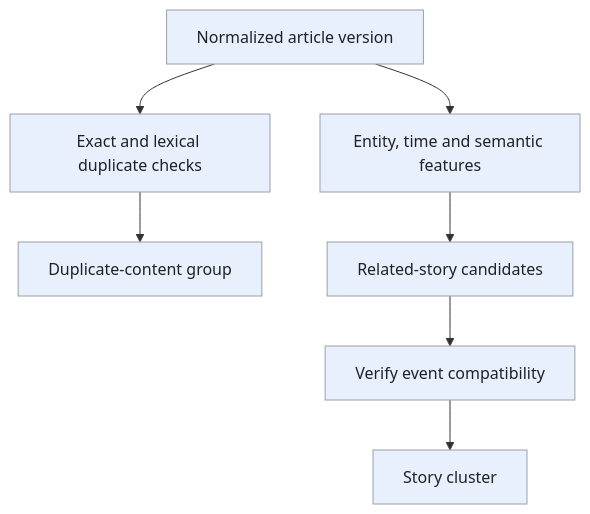
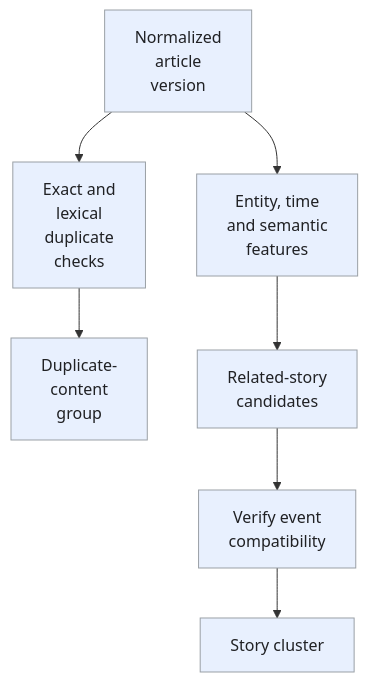
Before and after one commit to iliazlobin/iliazlobin.github.io: the fourth of 5 diagrams in _designs/system-design-google-news.md, drawn with Mermaid. The commit also changed other lines of this file and 116 other files, not shown here.

````diff
--- a/_designs/system-design-google-news.md
+++ b/_designs/system-design-google-news.md
@@ -247,13 +273,13 @@
 ```mermaid
 flowchart TB
-  A["Normalized article version"] --> H["Exact and lexical duplicate checks"]
-  H --> D["Duplicate-content group"]
-  A --> E["Entity, time and semantic features"]
-  E --> C["Related-story candidates"]
-  C --> V["Verify event compatibility"]
+  A["Normalized<br>article<br>version"] --> H["Exact and<br>lexical<br>duplicate<br>checks"]
+  H --> D["Duplicate-<br>content<br>group"]
+  A --> E["Entity, time<br>and semantic<br>features"]
+  E --> C["Related-story<br>candidates"]
+  C --> V["Verify event<br>compatibility"]
   V --> S["Story cluster"]
   classDef request fill:#e8f0fe,stroke:#9aa0a6,color:#202124,stroke-width:1px
   classDef background fill:#e6f4ea,stroke:#9aa0a6,color:#202124,stroke-width:1px
   classDef control fill:#fef7e0,stroke:#9aa0a6,color:#202124,stroke-width:1px
   class A,H,D,E,C,V,S request
 ```
````
